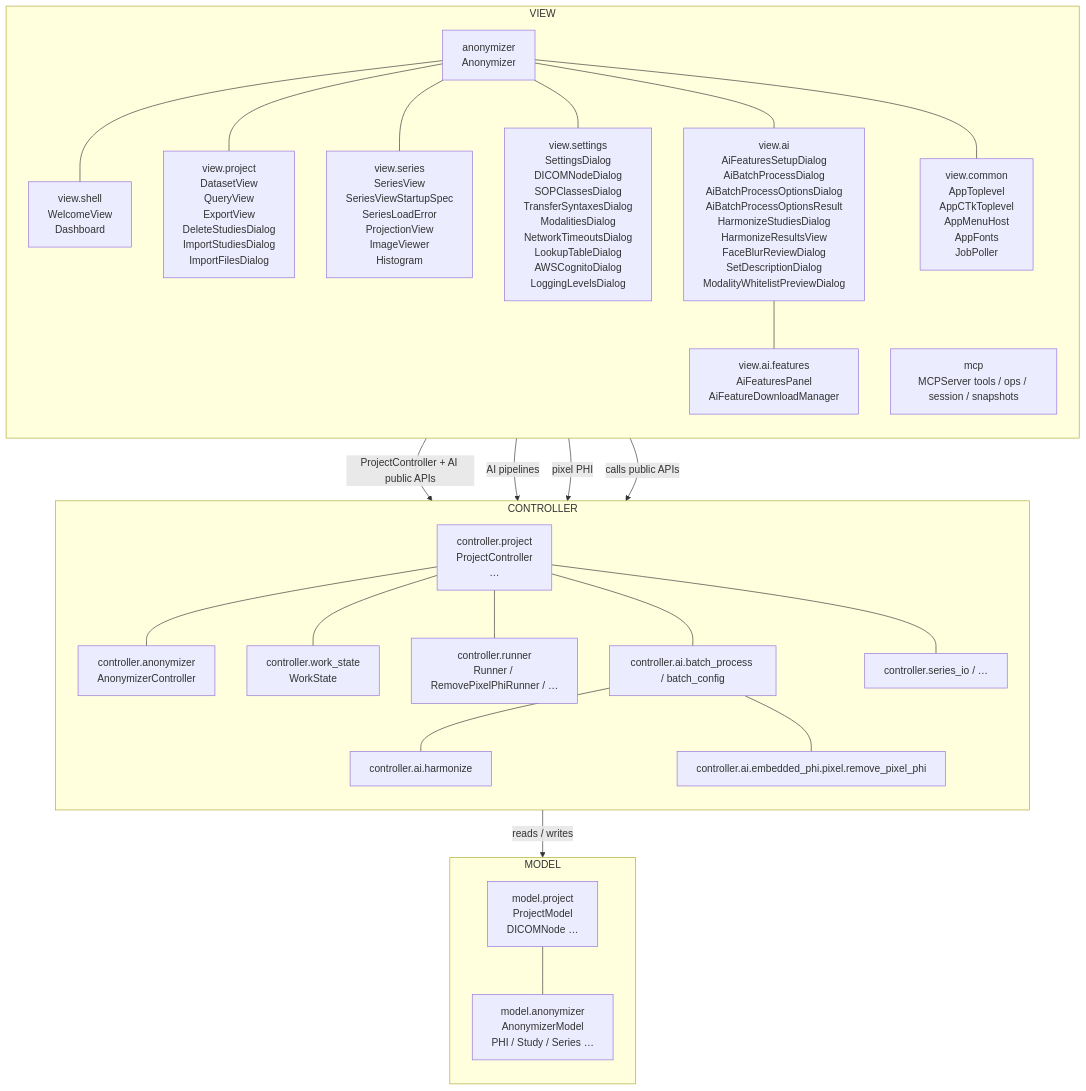
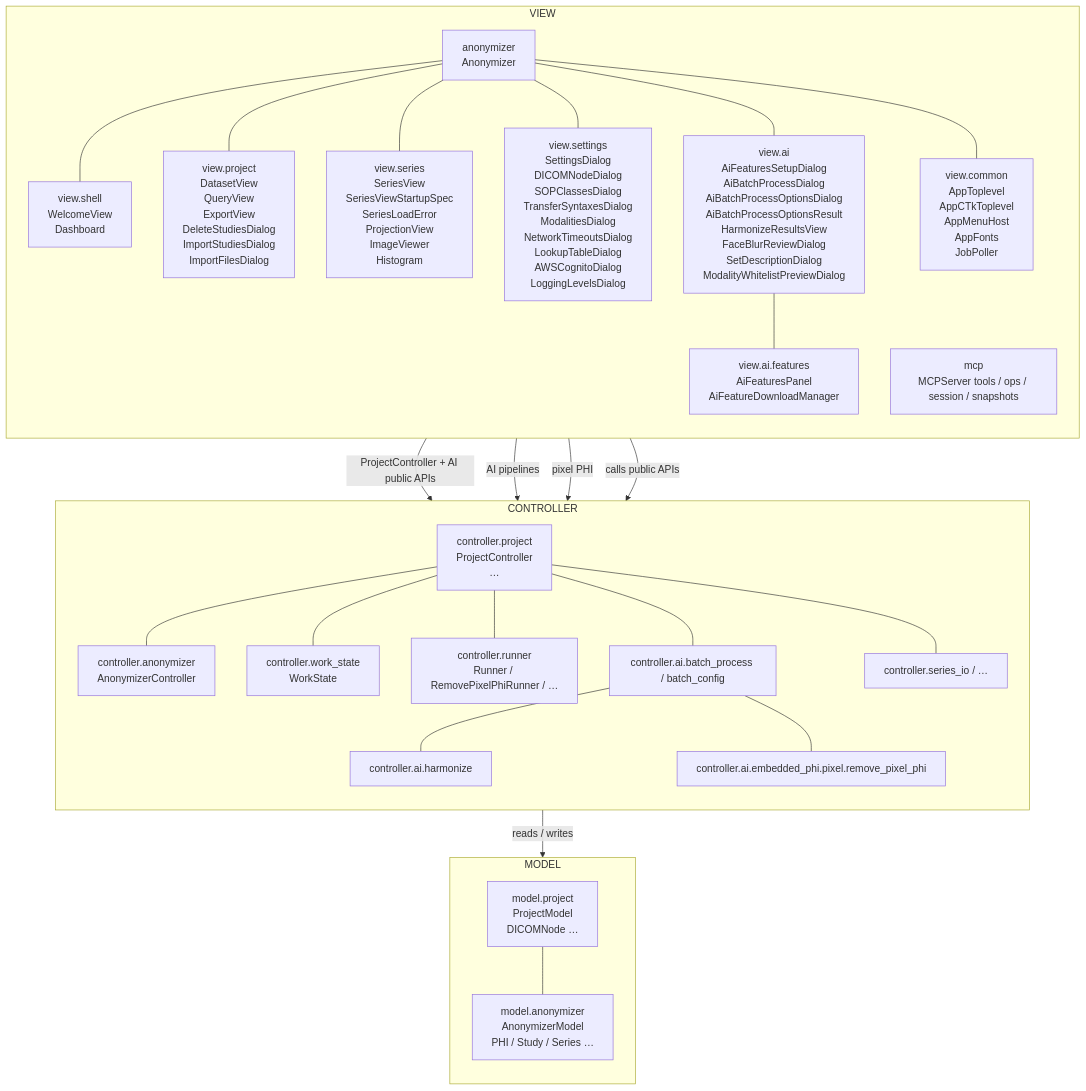
One commit to RSNA/anonymizer changed the diagram in class_diagram.md. Above: the diagram before and after it, drawn with Mermaid. The commit also changed 592 other files, not shown here.

````diff
--- a/class_diagram.md
+++ b/class_diagram.md
@@ -5,54 +5,54 @@
 ```mermaid
 flowchart TB
     subgraph VIEW["VIEW"]
         direction TB
         V_APP["anonymizer<br/>Anonymizer"]
         V_SHELL["view.shell<br/>WelcomeView<br/>Dashboard"]
         V_PROJECT["view.project<br/>DatasetView<br/>QueryView<br/>ExportView<br/>DeleteStudiesDialog<br/>ImportStudiesDialog<br/>ImportFilesDialog"]
         V_SERIES["view.series<br/>SeriesView<br/>SeriesViewStartupSpec<br/>SeriesLoadError<br/>ProjectionView<br/>ImageViewer<br/>Histogram"]
         V_SETTINGS["view.settings<br/>SettingsDialog<br/>DICOMNodeDialog<br/>SOPClassesDialog<br/>TransferSyntaxesDialog<br/>ModalitiesDialog<br/>NetworkTimeoutsDialog<br/>LookupTableDialog<br/>AWSCognitoDialog<br/>LoggingLevelsDialog"]
-        V_AI["view.ai<br/>AiFeaturesSetupDialog<br/>AiBatchProcessDialog<br/>AiBatchProcessOptionsDialog<br/>AiBatchProcessOptionsResult<br/>HarmonizeStudiesDialog<br/>HarmonizeResultsView<br/>FaceBlurReviewDialog<br/>SetDescriptionDialog<br/>ModalityWhitelistPreviewDialog"]
+        V_AI["view.ai<br/>AiFeaturesSetupDialog<br/>AiBatchProcessDialog<br/>AiBatchProcessOptionsDialog<br/>AiBatchProcessOptionsResult<br/>HarmonizeResultsView<br/>FaceBlurReviewDialog<br/>SetDescriptionDialog<br/>ModalityWhitelistPreviewDialog"]
         V_AI_FEAT["view.ai.features<br/>AiFeaturesPanel<br/>AiFeatureDownloadManager"]
         V_COMMON["view.common<br/>AppToplevel<br/>AppCTkToplevel<br/>AppMenuHost<br/>AppFonts<br/>JobPoller"]
         V_MCP["mcp<br/>MCPServer tools / ops / session / snapshots"]
         V_APP --- V_SHELL
         V_APP --- V_PROJECT
         V_APP --- V_SERIES
         V_APP --- V_SETTINGS
         V_APP --- V_AI
         V_AI --- V_AI_FEAT
         V_APP --- V_COMMON
     end
 
     subgraph CONTROLLER["CONTROLLER"]
         direction TB
         C_PROJECT["controller.project<br/>ProjectController<br/>…"]
         C_ANON["controller.anonymizer<br/>AnonymizerController"]
         C_WORK["controller.work_state<br/>WorkState"]
         C_RUN["controller.runner<br/>Runner / RemovePixelPhiRunner / …"]
         C_BATCH["controller.ai.batch_process / batch_config"]
         C_IO["controller.series_io / …"]
         C_HARM["controller.ai.harmonize"]
         C_OCR["controller.ai.embedded_phi.pixel.remove_pixel_phi"]
         C_PROJECT --- C_ANON
         C_PROJECT --- C_WORK
         C_PROJECT --- C_RUN
         C_PROJECT --- C_BATCH
         C_PROJECT --- C_IO
         C_BATCH --- C_HARM
         C_BATCH --- C_OCR
     end
 
     subgraph MODEL["MODEL"]
         direction TB
         M_PROJECT["model.project<br/>ProjectModel<br/>DICOMNode …"]
         M_ANON["model.anonymizer<br/>AnonymizerModel<br/>PHI / Study / Series …"]
         M_PROJECT --- M_ANON
     end
 
     VIEW -->|"calls public APIs"| CONTROLLER
     V_MCP -->|"ProjectController + AI public APIs"| C_PROJECT
     V_MCP -->|"AI pipelines"| C_BATCH
     V_MCP -->|"pixel PHI"| C_OCR
     CONTROLLER -->|"reads / writes"| MODEL
 ```
````
